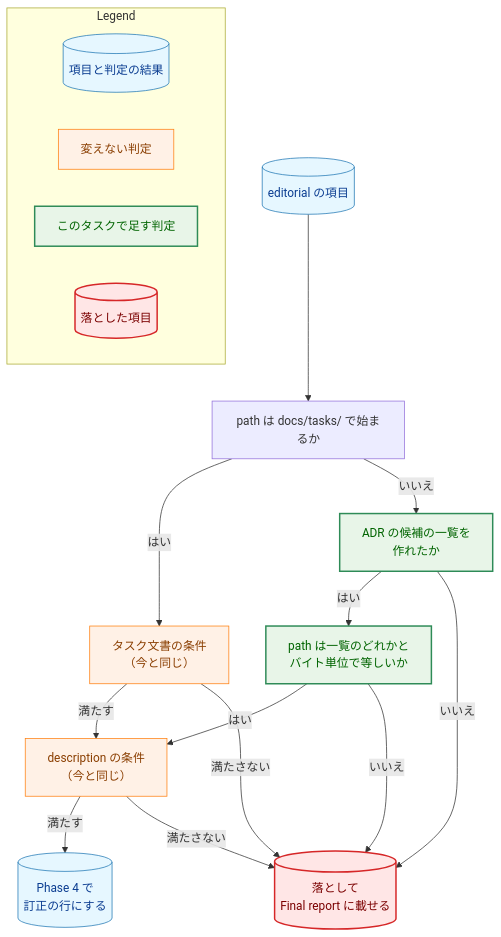
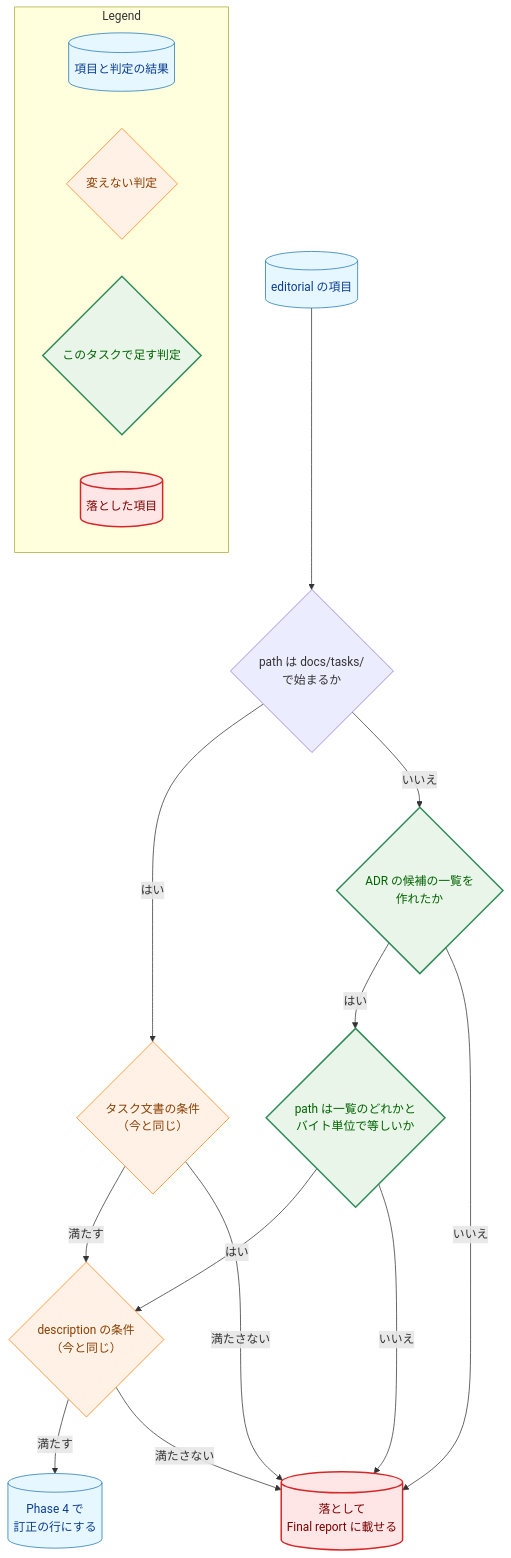
The fifth of 5 diagrams in docs/tasks/0074_adr_editorial_correction/02_architecture.md (isseis/yt2column), drawn with Mermaid before and after one commit. The commit also changed other lines of this file, not shown here.

First line of the commit message:
docs(0074): address the architecture review findings

````diff
--- a/docs/tasks/0074_adr_editorial_correction/02_architecture.md
+++ b/docs/tasks/0074_adr_editorial_correction/02_architecture.md
@@ -507,44 +606,44 @@
 ```mermaid
 flowchart TD
     classDef data fill:#e6f7ff,stroke:#1f77b4,stroke-width:1px,color:#0b3d91;
     classDef process fill:#fff1e6,stroke:#ff7f0e,stroke-width:1px,color:#8a3e00;
     classDef enhanced fill:#e8f5e8,stroke:#2e8b57,stroke-width:2px,color:#006400;
     classDef problem fill:#ffe6e6,stroke:#d62728,stroke-width:2px,color:#7b0000;
 
     IN[("editorial の項目")]
-    P1["path は docs/tasks/ で始まるか"]
-    TD["タスク文書の条件<br>（今と同じ）"]
-    L0["ADR の候補の一覧を<br>作れたか"]
-    L1["path は一覧のどれかと<br>バイト単位で等しいか"]
-    D["description の条件<br>（今と同じ）"]
+    P1{"path は docs/tasks/<br>で始まるか"}
+    TASKC{"タスク文書の条件<br>（今と同じ）"}
+    L0{"ADR の候補の一覧を<br>作れたか"}
+    L1{"path は一覧のどれかと<br>バイト単位で等しいか"}
+    D{"description の条件<br>（今と同じ）"}
     OK[("Phase 4 で<br>訂正の行にする")]
     NG[("落として<br>Final report に載せる")]
 
     IN --> P1
-    P1 -->|"はい"| TD
+    P1 -->|"はい"| TASKC
     P1 -->|"いいえ"| L0
     L0 -->|"はい"| L1
     L0 -->|"いいえ"| NG
     L1 -->|"はい"| D
     L1 -->|"いいえ"| NG
-    TD -->|"満たす"| D
-    TD -->|"満たさない"| NG
+    TASKC -->|"満たす"| D
+    TASKC -->|"満たさない"| NG
     D -->|"満たす"| OK
     D -->|"満たさない"| NG
 
     class IN,OK data
-    class TD,D process
+    class TASKC,D process
     class L0,L1 enhanced
     class NG problem
 
     subgraph Legend["Legend"]
         L_1[("項目と判定の結果")]
-        L_2["変えない判定"]
-        L_3["このタスクで足す判定"]
+        L_2{"変えない判定"}
+        L_3{"このタスクで足す判定"}
         L_4[("落とした項目")]
     end
     class L_1 data
     class L_2 process
     class L_3 enhanced
     class L_4 problem
 ```
````
